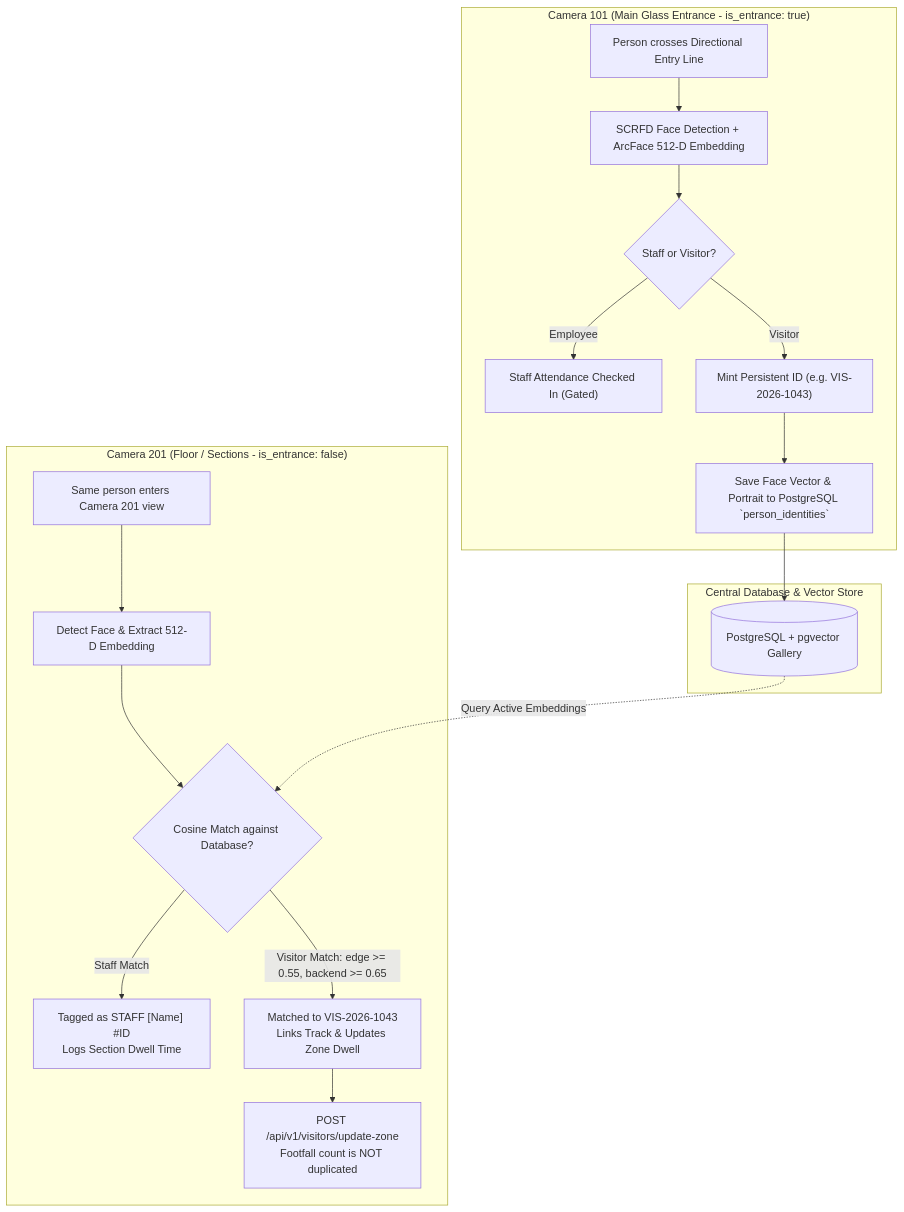
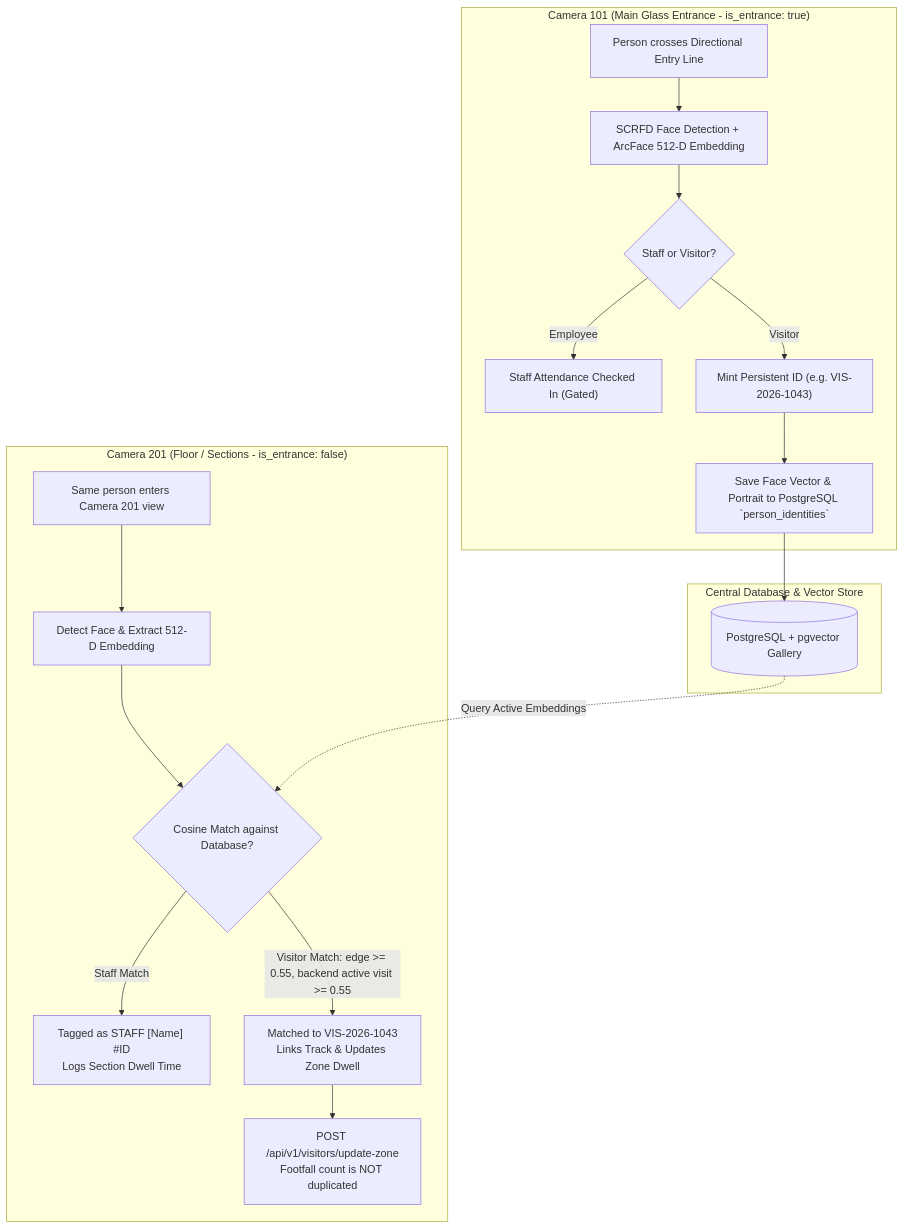
One commit to sujitctpl/jms-tech changed the second of 3 diagrams in README.md. Above: the diagram before and after it, drawn with Mermaid. The commit also changed other lines of this file and 145 other files, not shown here.

Commit message:
visitor management module with backend services, schemas, and UI components

````diff
--- a/README.md
+++ b/README.md
@@ -497,23 +529,23 @@
 ```mermaid
 flowchart TD
     subgraph Entrance ["Camera 101 (Main Glass Entrance - is_entrance: true)"]
         E1["Person crosses Directional Entry Line"] --> E2["SCRFD Face Detection + ArcFace 512-D Embedding"]
         E2 --> E3{"Staff or Visitor?"}
         E3 -->|Employee| E4["Staff Attendance Checked In (Gated)"]
         E3 -->|Visitor| E5["Mint Persistent ID (e.g. VIS-2026-1043)"]
         E5 --> E6["Save Face Vector & Portrait to PostgreSQL `person_identities`"]
     end
 
     subgraph CentralDB ["Central Database & Vector Store"]
         E6 --> DB[("PostgreSQL + pgvector Gallery")]
     end
 
     subgraph Interior ["Camera 201 (Floor / Sections - is_entrance: false)"]
         I1["Same person enters Camera 201 view"] --> I2["Detect Face & Extract 512-D Embedding"]
         I2 --> I3{"Cosine Match against Database?"}
         DB -.->|Query Active Embeddings| I3
         I3 -->|Staff Match| I4["Tagged as STAFF [Name] #ID<br/>Logs Section Dwell Time"]
-        I3 -->|Visitor Match: edge >= 0.55, backend >= 0.65| I5["Matched to VIS-2026-1043<br/>Links Track & Updates Zone Dwell"]
+        I3 -->|Visitor Match: edge >= 0.55, backend active visit >= 0.55| I5["Matched to VIS-2026-1043<br/>Links Track & Updates Zone Dwell"]
         I5 --> I6["POST /api/v1/visitors/update-zone<br/>Footfall count is NOT duplicated"]
     end
 ```
````
